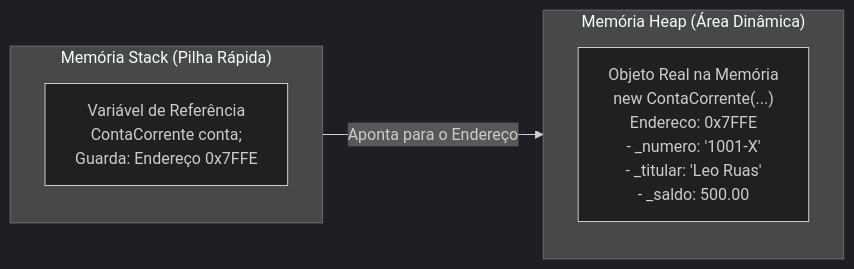
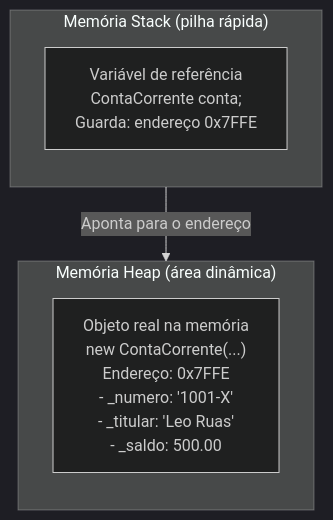
Before and after one commit to leorruas/puc: the third of 7 diagrams in 01. Programacao Modular/07. Atributos e métodos (classes, objetos e definição de membros).md, drawn with Mermaid (dark theme). The commit also changed other lines of this file and 7 other files, not shown here.

Commit message:
refactor(mermaid): padroniza engine do app com curve linear para linhas retas, atualiza Regra 9 do AGENTS.md e refatora todos os diagramas LR para TD vertical em todo o vault

````diff
--- a/01. Programacao Modular/07. Atributos e métodos (classes, objetos e definição de membros).md
+++ b/01. Programacao Modular/07. Atributos e métodos (classes, objetos e definição de membros).md
@@ -222,14 +222,14 @@
 ```mermaid
-flowchart LR
-    subgraph Stack ["Memória Stack (Pilha Rápida)"]
+flowchart TD
+    subgraph Stack ["Memória Stack (pilha rápida)"]
         direction TB
-        Ref["Variável de Referência<br>ContaCorrente conta;<br>Guarda: Endereço 0x7FFE"]
+        Ref["Variável de referência<br>ContaCorrente conta;<br>Guarda: endereço 0x7FFE"]
     end
 
-    subgraph Heap ["Memória Heap (Área Dinâmica)"]
+    subgraph Heap ["Memória Heap (área dinâmica)"]
         direction TB
-        Obj["Objeto Real na Memória<br>new ContaCorrente(...)<br>Endereco: 0x7FFE<br>- _numero: '1001-X'<br>- _titular: 'Leo Ruas'<br>- _saldo: 500.00"]
+        Obj["Objeto real na memória<br>new ContaCorrente(...)<br>Endereço: 0x7FFE<br>- _numero: '1001-X'<br>- _titular: 'Leo Ruas'<br>- _saldo: 500.00"]
     end
 
-    Ref -->|Aponta para o Endereço| Obj
+    Ref -->|Aponta para o endereço| Obj
 ```
````
